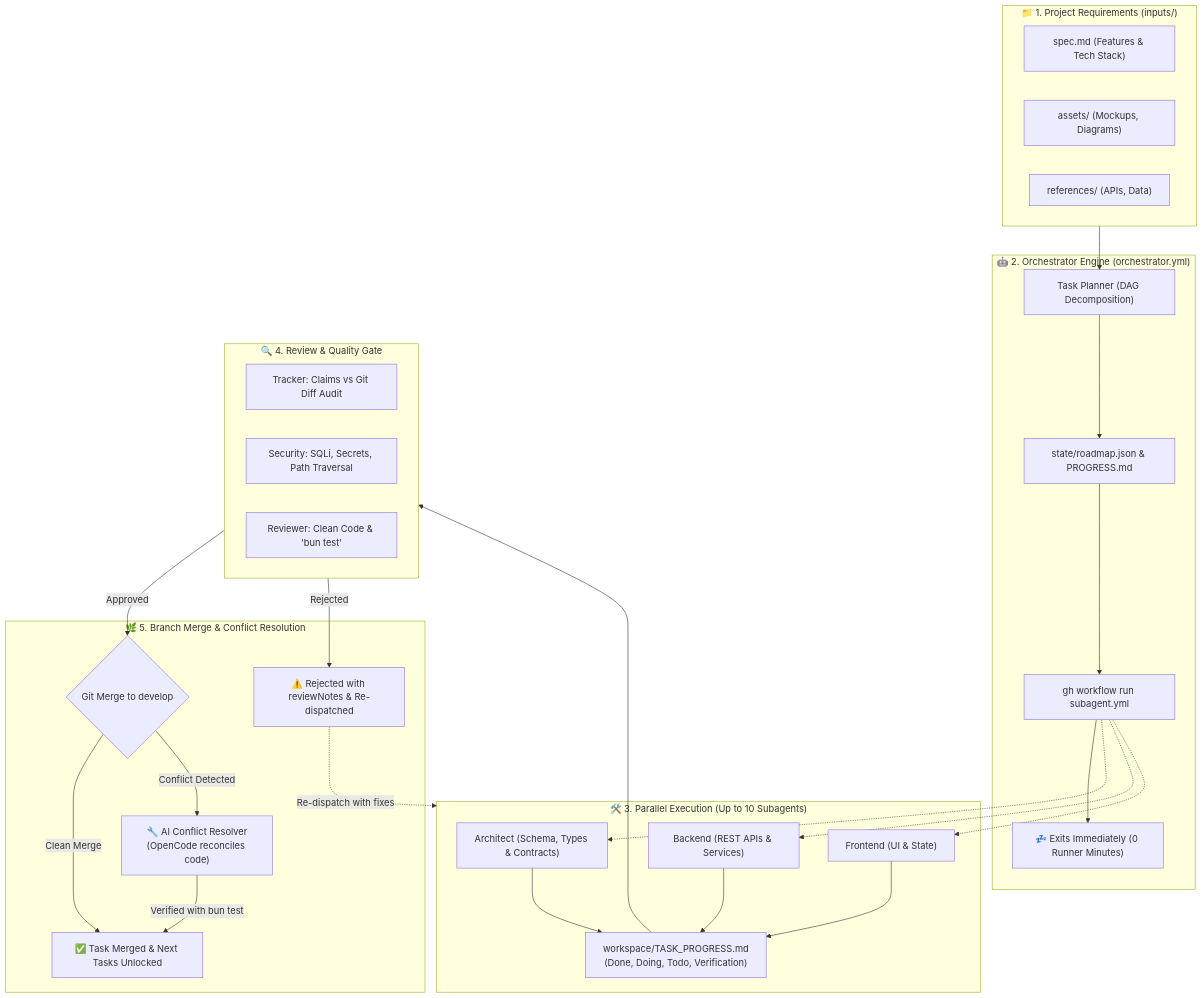
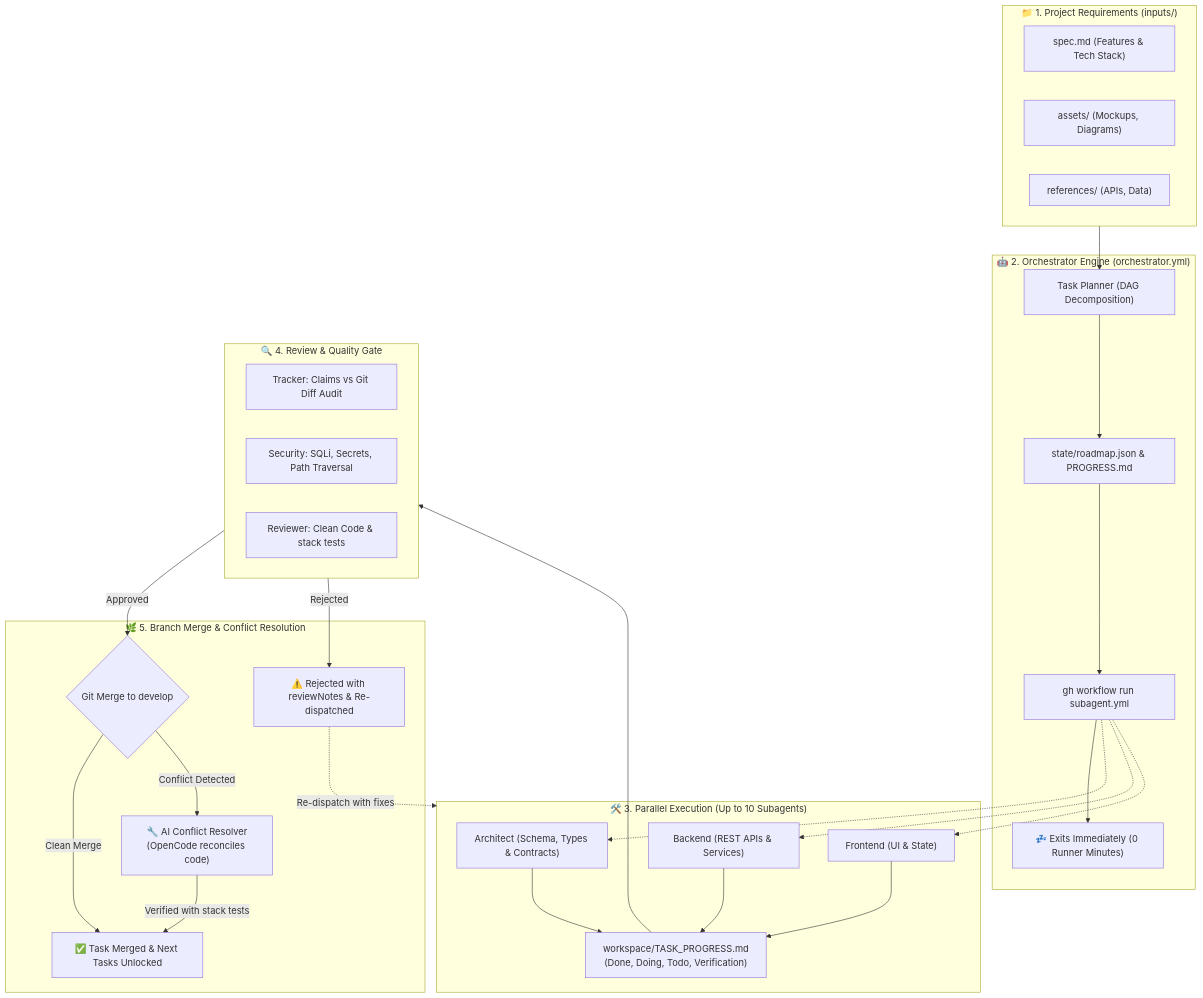
One commit to Taiizor/Orchestrator changed the first of 3 diagrams in README.md. Above: the diagram before and after it, drawn with Mermaid. The commit also changed other lines of this file and 27 other files, not shown here.

````diff
--- a/README.md
+++ b/README.md
@@ -11,52 +11,52 @@
 ```mermaid
 flowchart TD
     subgraph Inputs["📁 1. Project Requirements (inputs/)"]
         Spec["spec.md (Features & Tech Stack)"]
         Assets["assets/ (Mockups, Diagrams)"]
         Refs["references/ (APIs, Data)"]
     end
 
     subgraph OrchestratorEngine["🤖 2. Orchestrator Engine (orchestrator.yml)"]
         Plan["Task Planner (DAG Decomposition)"]
         Roadmap["state/roadmap.json & PROGRESS.md"]
         Dispatch["gh workflow run subagent.yml"]
         Sleep["💤 Exits Immediately (0 Runner Minutes)"]
     end
 
     subgraph Subagents["🛠️ 3. Parallel Execution (Up to 10 Subagents)"]
         AgentA["Architect (Schema, Types & Contracts)"]
         AgentB["Backend (REST APIs & Services)"]
         AgentC["Frontend (UI & State)"]
         TaskProg["workspace/TASK_PROGRESS.md\n(Done, Doing, Todo, Verification)"]
     end
 
     subgraph QualityGate["🔍 4. Review & Quality Gate"]
         Tracker["Tracker: Claims vs Git Diff Audit"]
         Security["Security: SQLi, Secrets, Path Traversal"]
-        Reviewer["Reviewer: Clean Code & 'bun test'"]
+        Reviewer["Reviewer: Clean Code & stack tests"]
     end
 
     subgraph Integration["🌿 5. Branch Merge & Conflict Resolution"]
         GitMerge{"Git Merge to develop"}
         ConflictResolver["🔧 AI Conflict Resolver\n(OpenCode reconciles code)"]
         Success["✅ Task Merged & Next Tasks Unlocked"]
         Rejection["⚠️ Rejected with reviewNotes & Re-dispatched"]
     end
 
     Inputs --> Plan
     Plan --> Roadmap
     Roadmap --> Dispatch
     Dispatch --> Sleep
 
     Dispatch -.-> AgentA & AgentB & AgentC
     AgentA & AgentB & AgentC --> TaskProg
     TaskProg --> QualityGate
 
     QualityGate -->|Approved| GitMerge
     QualityGate -->|Rejected| Rejection
     Rejection -.->|Re-dispatch with fixes| Subagents
 
     GitMerge -->|Clean Merge| Success
     GitMerge -->|Conflict Detected| ConflictResolver
-    ConflictResolver -->|Verified with bun test| Success
+    ConflictResolver -->|Verified with stack tests| Success
 ```
````
